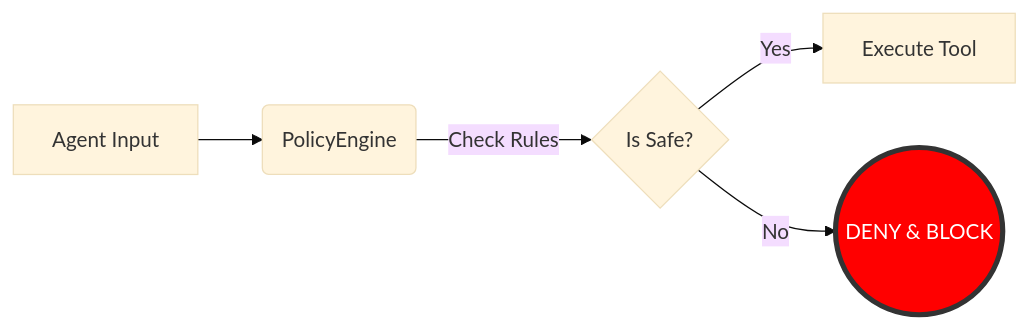
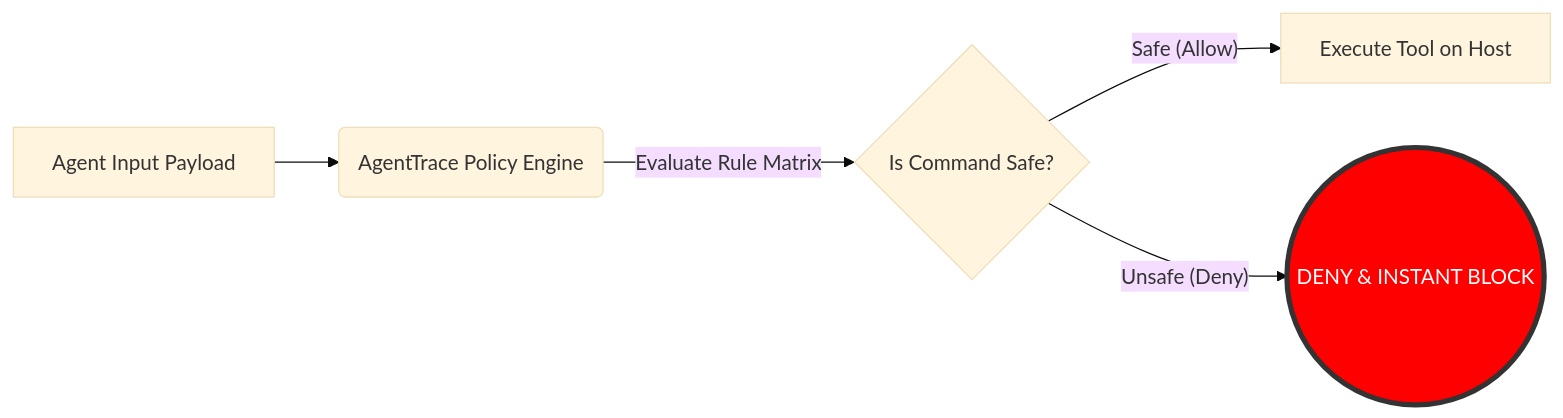
The diagram in docs/07-security-and-redaction.md (hikarixx/agenttrace), drawn with Mermaid (base theme) before and after one commit. The commit also changed other lines of this file and 41 other files, not shown here.

````diff
--- a/docs/07-security-and-redaction.md
+++ b/docs/07-security-and-redaction.md
@@ -14,9 +14,9 @@
 ```mermaid
 graph LR
-    A[Agent Input] --> B(PolicyEngine)
-    B -->|Check Rules| C{Is Safe?}
-    C -- Yes --> D[Execute Tool]
-    C -- No --> E((DENY & BLOCK))
+    A[Agent Input Payload] --> B(AgentTrace Policy Engine)
+    B -->|Evaluate Rule Matrix| C{Is Command Safe?}
+    C -- Safe (Allow) --> D[Execute Tool on Host]
+    C -- Unsafe (Deny) --> E((DENY & INSTANT BLOCK))
     
     style E fill:#f00,stroke:#333,stroke-width:4px,color:#fff
 ```
````
